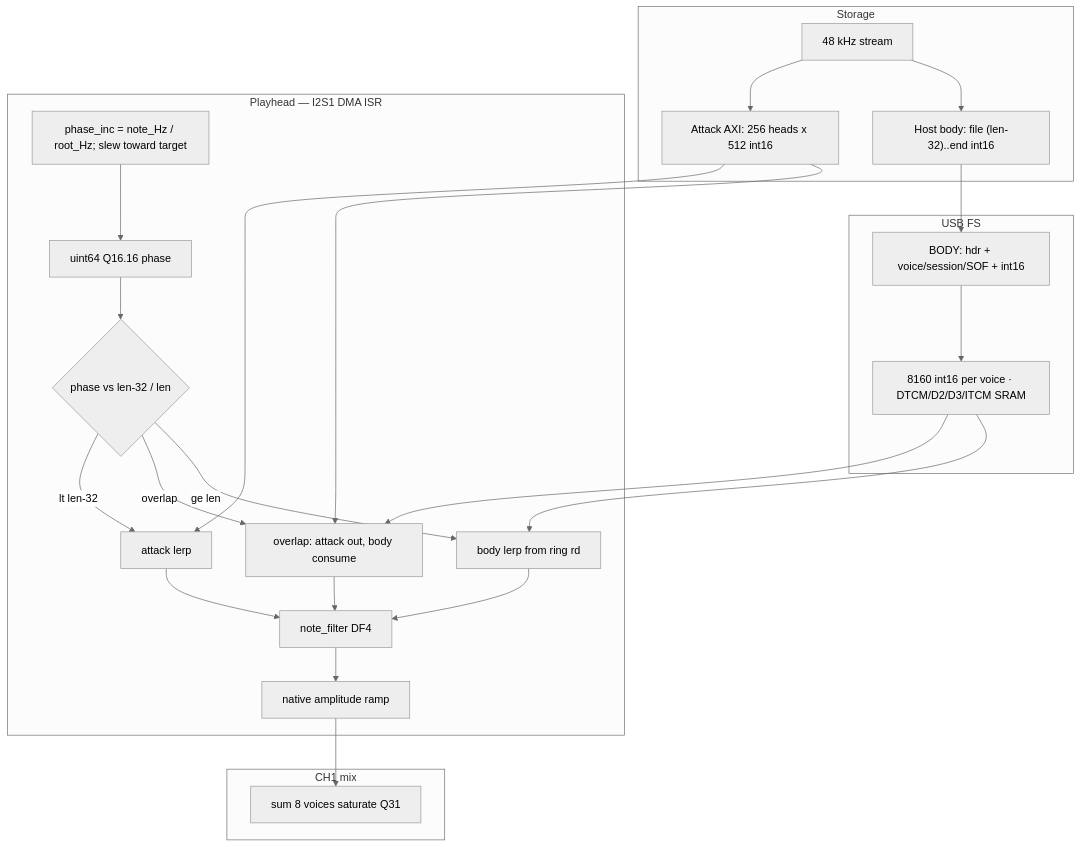
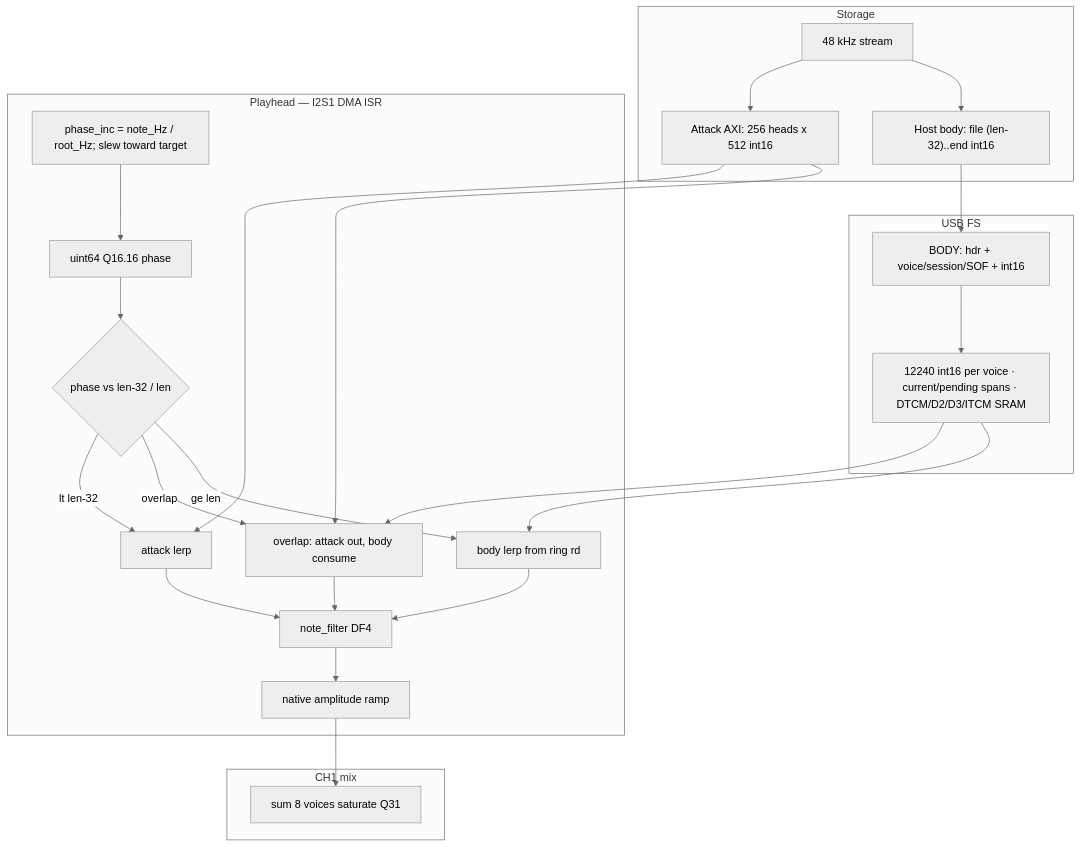
One commit to narendrabhatt-freshwater/firmware changed the second of 5 diagrams in channel_card/docs/diagrams/card_data_flow.md. Above: the diagram before and after it, drawn with Mermaid (neutral theme). The commit also changed other lines of this file and 55 other files, not shown here.

````diff
--- a/channel_card/docs/diagrams/card_data_flow.md
+++ b/channel_card/docs/diagrams/card_data_flow.md
@@ -79,45 +79,45 @@
 ```mermaid
 flowchart TB
   subgraph store [Storage]
     File["48 kHz stream"]
     Atk["Attack AXI: 256 heads x 512 int16"]
     Body["Host body: file (len-32)..end int16"]
     File --> Atk
     File --> Body
   end
 
   subgraph usb [USB FS]
     Tag["BODY: hdr + voice/session/SOF + int16"]
-    Slots["8160 int16 per voice · DTCM/D2/D3/ITCM SRAM"]
+    Slots["12240 int16 per voice · current/pending spans · DTCM/D2/D3/ITCM SRAM"]
     Body --> Tag --> Slots
   end
 
   subgraph play [Playhead — I2S1 DMA ISR]
     Ph["uint64 Q16.16 phase"]
     Inc["phase_inc = note_Hz / root_Hz; slew toward target"]
     Join{"phase vs len-32 / len"}
     AtkOnly["attack lerp"]
     Xfade["overlap: attack out, body consume"]
     BodyOnly["body lerp from ring rd"]
     Lpf["note_filter DF4"]
     Env["native amplitude ramp"]
     Ph --> Join
     Inc --> Ph
     Atk --> AtkOnly
     Atk --> Xfade
     Slots --> Xfade
     Slots --> BodyOnly
     Join -->|lt len-32| AtkOnly
     Join -->|overlap| Xfade
     Join -->|ge len| BodyOnly
     AtkOnly --> Lpf
     Xfade --> Lpf
     BodyOnly --> Lpf
     Lpf --> Env
   end
 
   subgraph mix [CH1 mix]
     Sum["sum 8 voices saturate Q31"]
     Env --> Sum
   end
 ```
````
